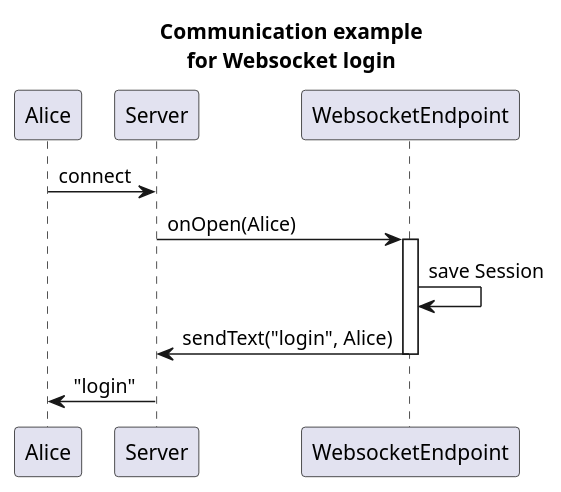
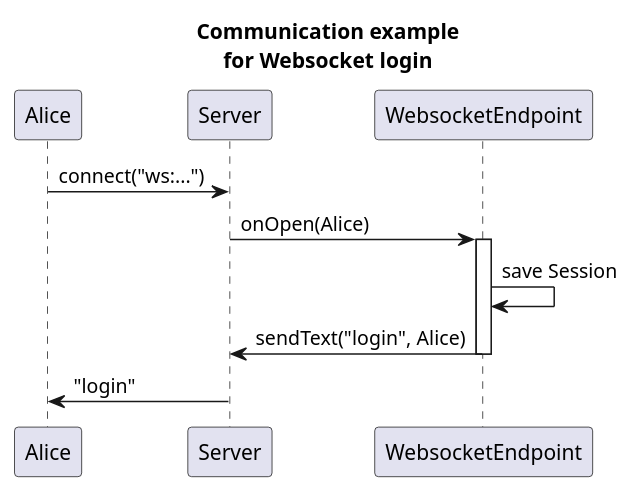
The diagram in chat-docu/src/site/plantuml/chatLoginSequence.puml (mszalbach/simple-chat), drawn with PlantUML before and after one commit. The commit also changed 17 other files, not shown here.

```diff
--- a/chat-docu/src/site/plantuml/chatLoginSequence.puml
+++ b/chat-docu/src/site/plantuml/chatLoginSequence.puml
@@ -1,10 +1,10 @@
 @startuml
 title Communication example\nfor Websocket login
-Alice -> Server :connect
+Alice -> Server :connect("ws:...")
 Server -> WebsocketEndpoint : onOpen(Alice)
 activate WebsocketEndpoint
     WebsocketEndpoint -> WebsocketEndpoint :save Session
     WebsocketEndpoint -> Server : sendText("login", Alice)
 deactivate WebsocketEndpoint
 Server -> Alice :"login"
 @enduml
```
